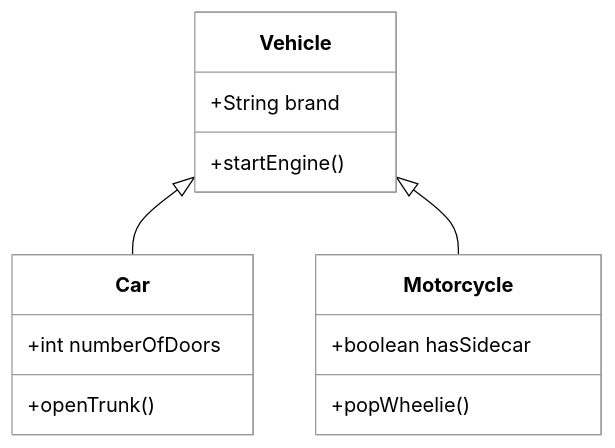
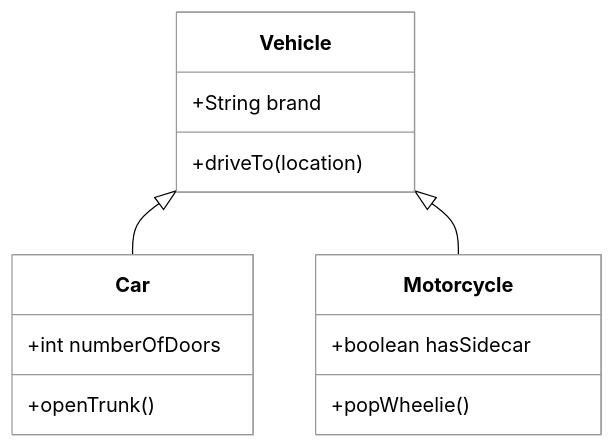
The diagram in instruction/object-oriented-programming/object-oriented-programming.md (byucsstudent/cs240v2), drawn with Mermaid before and after one commit. The commit also changed other lines of this file, not shown here.

Commit message:
Lee Jensen - update(Object Oriented Programming)

````diff
--- a/instruction/object-oriented-programming/object-oriented-programming.md
+++ b/instruction/object-oriented-programming/object-oriented-programming.md
@@ -64,19 +64,19 @@
 ```mermaid
 %%{init: { 'theme': 'neutral', 'themeVariables': { 'mainBkg': '#ffffff', 'lineColor': '#000000', 'primaryTextColor': '#000000', 'actorBorder': '#000000', 'participantBorder': '#000000', 'noteBorderColor': '#000000' } }}%%
 
 classDiagram
     class Vehicle {
         +String brand
-        +startEngine()
+        +driveTo(location)
     }
     class Car {
         +int numberOfDoors
         +openTrunk()
     }
     class Motorcycle {
         +boolean hasSidecar
         +popWheelie()
     }
     Vehicle <|-- Car
     Vehicle <|-- Motorcycle
 ```
````
